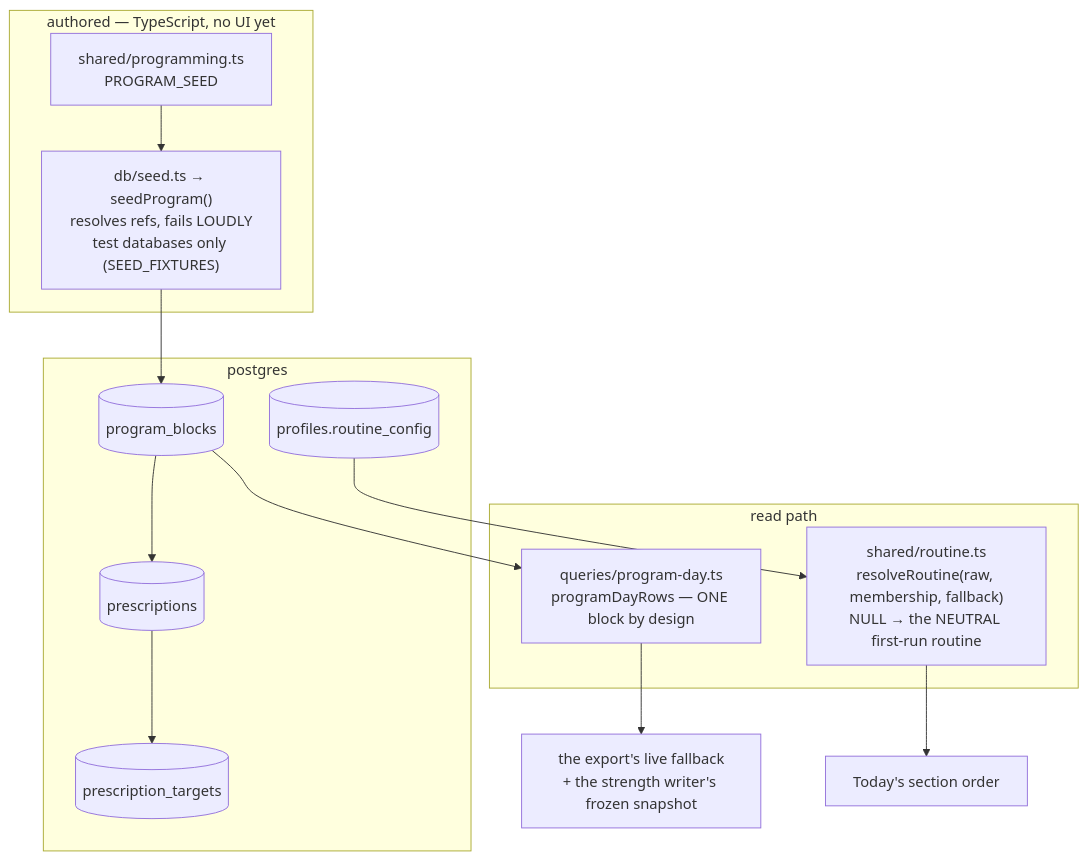
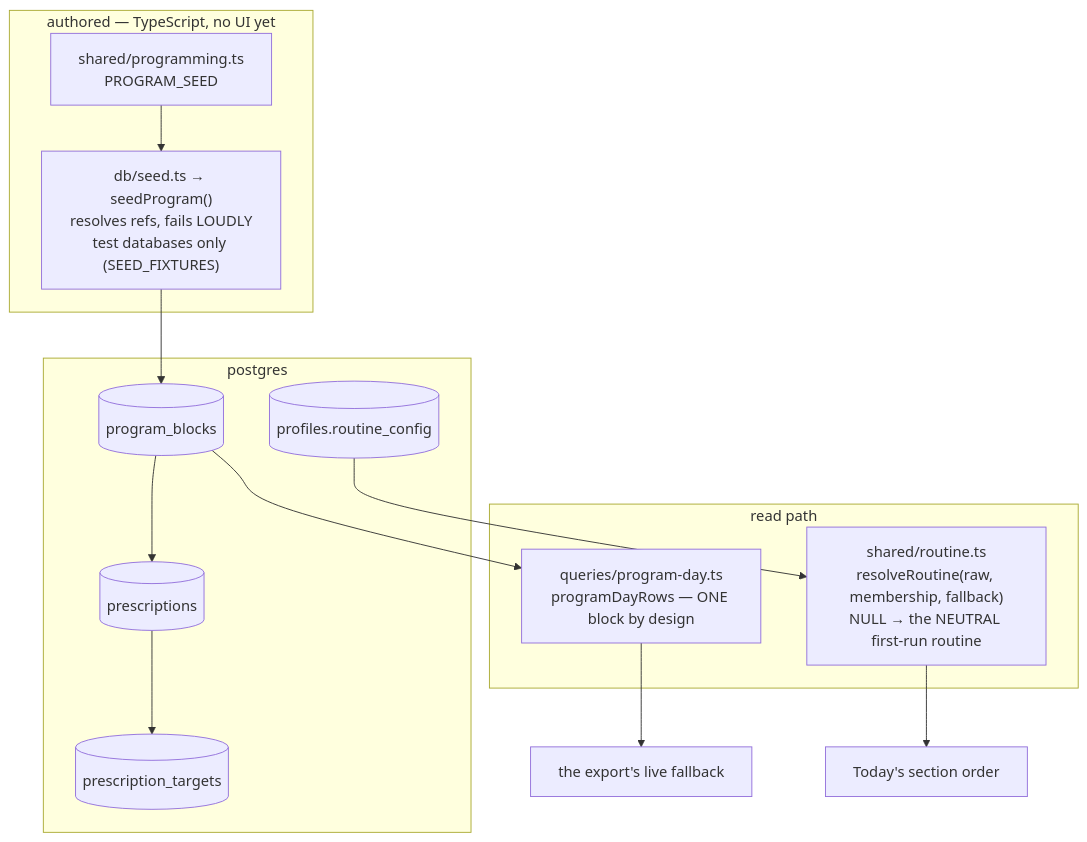
The diagram in docs/features/programming.md (ralamode/mat-plan), drawn with Mermaid before and after one commit. The commit also changed other lines of this file and 85 other files, not shown here.

First line of the commit message:
refactor(legacy-1): delete the old strength writer, its db:verify proofs, resolver and schemas (#828)

````diff
--- a/docs/features/programming.md
+++ b/docs/features/programming.md
@@ -35,21 +35,21 @@
 ```mermaid
 flowchart TD
   subgraph authored["authored — TypeScript, no UI yet"]
     SEED["shared/programming.ts<br/>PROGRAM_SEED"]
     SEEDFN["db/seed.ts → seedProgram()<br/>resolves refs, fails LOUDLY<br/>test databases only (SEED_FIXTURES)"]
   end
 
   subgraph tables["postgres"]
     BLOCK[(program_blocks)] --> PRESC[(prescriptions)] --> TARGET[(prescription_targets)]
     PROFILE[(profiles.routine_config)]
   end
 
   subgraph read["read path"]
     QUERY["queries/program-day.ts<br/>programDayRows — ONE block by design"]
     ROUTINE["shared/routine.ts<br/>resolveRoutine(raw, membership, fallback)<br/>NULL → the NEUTRAL first-run routine"]
   end
 
   SEED --> SEEDFN --> BLOCK
-  BLOCK --> QUERY --> USES["the export's live fallback<br/>+ the strength writer's frozen snapshot"]
+  BLOCK --> QUERY --> USES["the export's live fallback"]
   PROFILE --> ROUTINE --> TODAY["Today's section order"]
 ```
````
